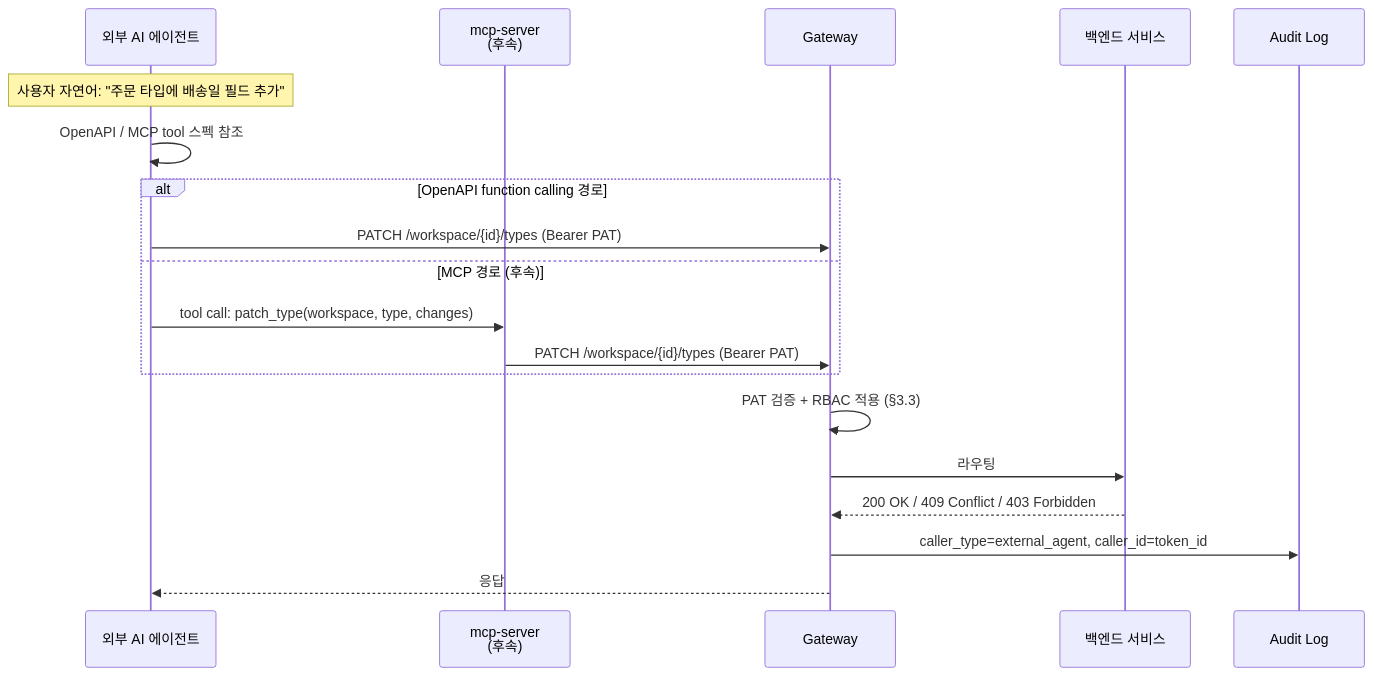
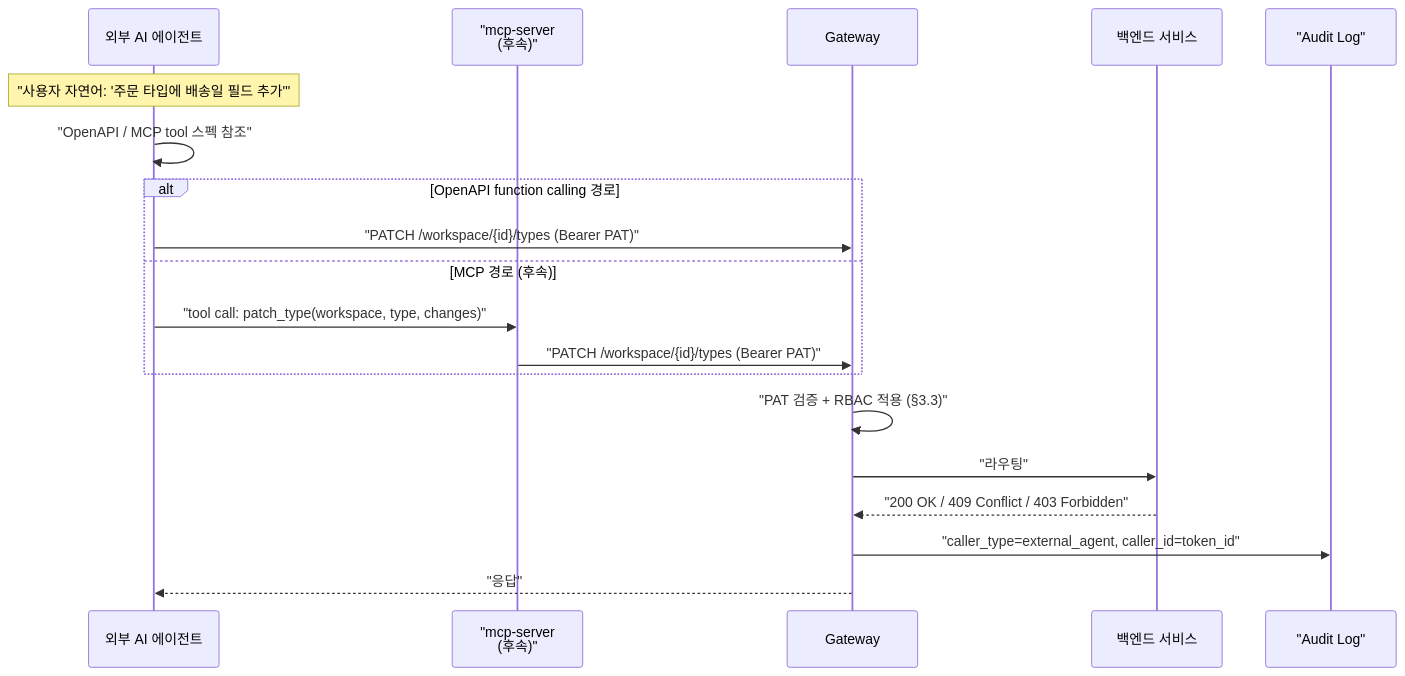
Before and after one commit to sayaya1090/handbook: diagram 18 of 25 in docs/usecases.md, drawn with Mermaid. The commit also changed other lines of this file and 22 other files, not shown here.

First line of the commit message:
docs: Mermaid 다이어그램 렌더링 오류 수정을 위한 구문 전수 교정

````diff
--- a/docs/usecases.md
+++ b/docs/usecases.md
@@ -1479,22 +1479,22 @@
 ```mermaid
 sequenceDiagram
     participant EA as 외부 AI 에이전트
-    participant MCP as mcp-server<br/>(후속)
+    participant MCP as "mcp-server<br/>(후속)"
     participant GW as Gateway
     participant SVC as 백엔드 서비스
-    participant AUD as Audit Log
+    participant AUD as "Audit Log"
 
-    Note over EA: 사용자 자연어: "주문 타입에 배송일 필드 추가"
-    EA->>EA: OpenAPI / MCP tool 스펙 참조
+    Note over EA: "사용자 자연어: '주문 타입에 배송일 필드 추가'"
+    EA->>EA: "OpenAPI / MCP tool 스펙 참조"
     alt OpenAPI function calling 경로
-        EA->>GW: PATCH /workspace/{id}/types (Bearer PAT)
+        EA->>GW: "PATCH /workspace/{id}/types (Bearer PAT)"
     else MCP 경로 (후속)
-        EA->>MCP: tool call: patch_type(workspace, type, changes)
-        MCP->>GW: PATCH /workspace/{id}/types (Bearer PAT)
+        EA->>MCP: "tool call: patch_type(workspace, type, changes)"
+        MCP->>GW: "PATCH /workspace/{id}/types (Bearer PAT)"
     end
-    GW->>GW: PAT 검증 + RBAC 적용 (§3.3)
-    GW->>SVC: 라우팅
-    SVC-->>GW: 200 OK / 409 Conflict / 403 Forbidden
-    GW->>AUD: caller_type=external_agent, caller_id=token_id
-    GW-->>EA: 응답
+    GW->>GW: "PAT 검증 + RBAC 적용 (§3.3)"
+    GW->>SVC: "라우팅"
+    SVC-->>GW: "200 OK / 409 Conflict / 403 Forbidden"
+    GW->>AUD: "caller_type=external_agent, caller_id=token_id"
+    GW-->>EA: "응답"
 ```
````
